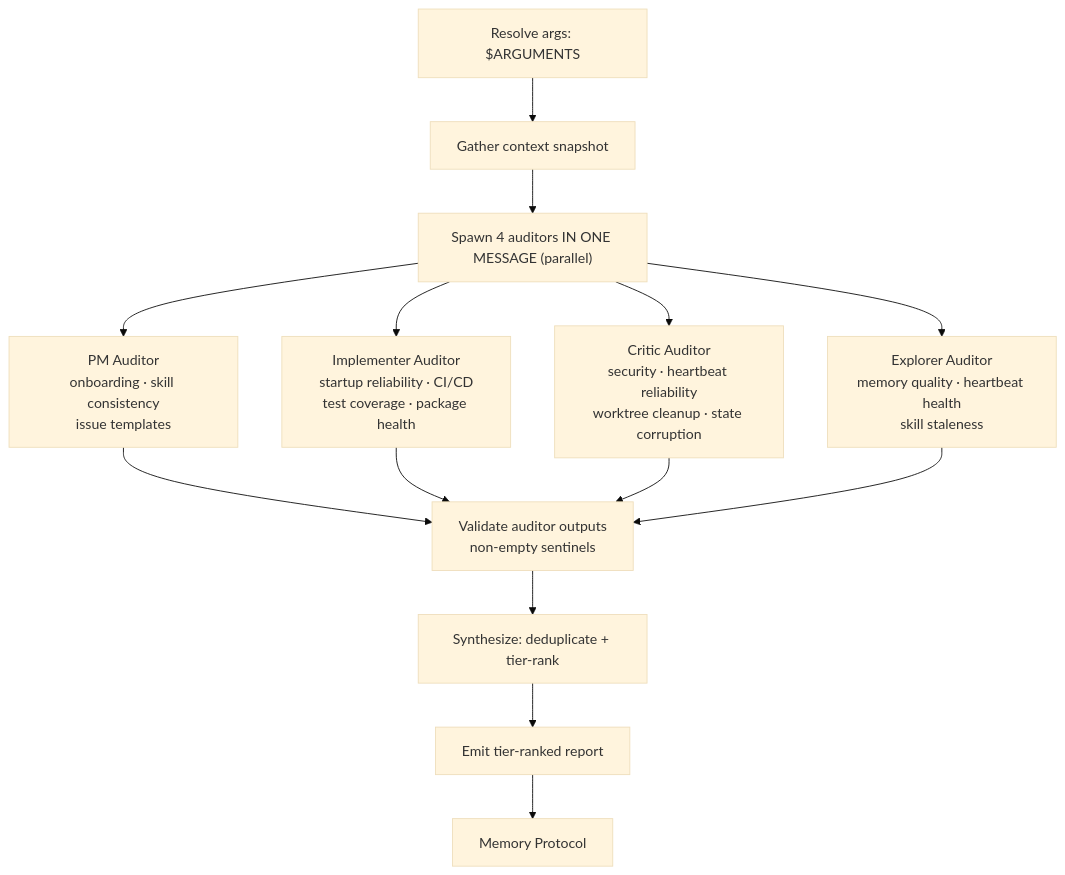
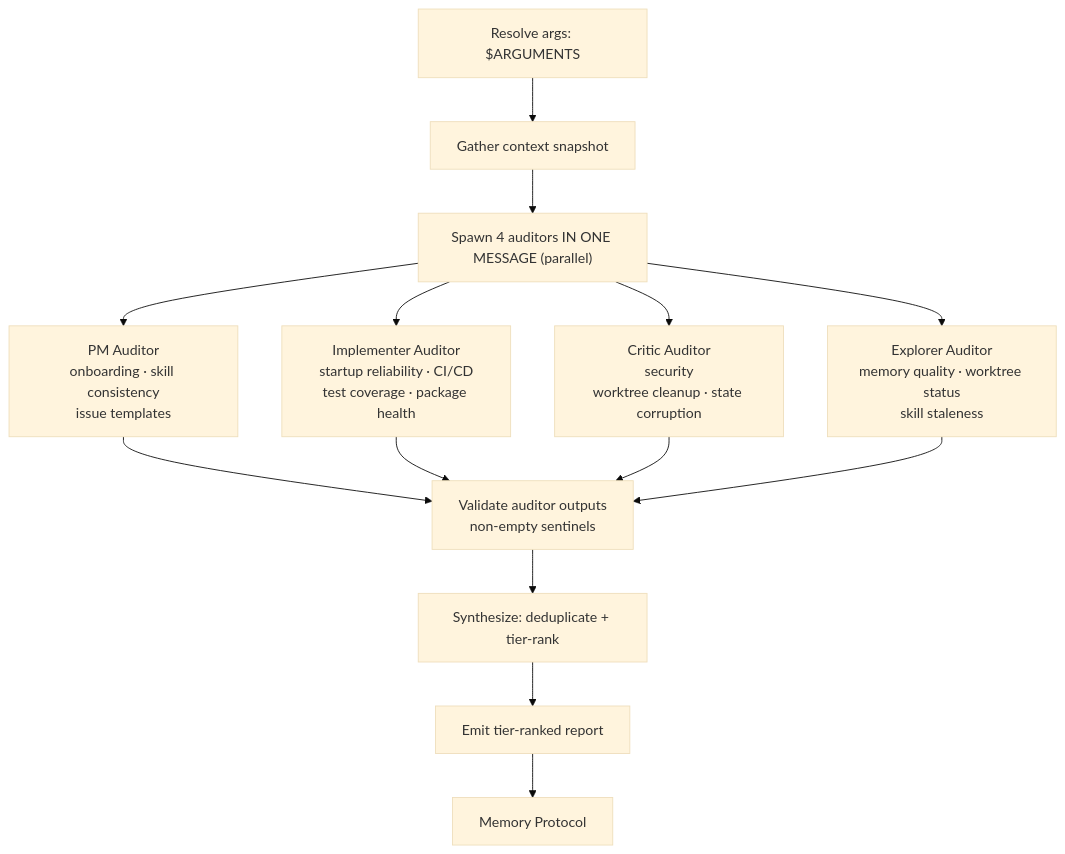
The diagram in .agro/skills/audit/references/harness.md (mifunedev/agro), drawn with Mermaid (base theme) before and after one commit. The commit also changed other lines of this file and 13 other files, not shown here.

````diff
--- a/.agro/skills/audit/references/harness.md
+++ b/.agro/skills/audit/references/harness.md
@@ -18,15 +18,15 @@
 ```mermaid
 flowchart TD
     A["Resolve args: $ARGUMENTS"] --> B["Gather context snapshot"]
     B --> C["Spawn 4 auditors IN ONE MESSAGE (parallel)"]
 
     C --> PM["PM Auditor<br>onboarding · skill consistency<br>issue templates"]
     C --> IMP["Implementer Auditor<br>startup reliability · CI/CD<br>test coverage · package health"]
-    C --> CRIT["Critic Auditor<br>security · heartbeat reliability<br>worktree cleanup · state corruption"]
-    C --> EXP["Explorer Auditor<br>memory quality · heartbeat health<br>skill staleness"]
+    C --> CRIT["Critic Auditor<br>security<br>worktree cleanup · state corruption"]
+    C --> EXP["Explorer Auditor<br>memory quality · worktree status<br>skill staleness"]
 
     PM & IMP & CRIT & EXP --> VAL["Validate auditor outputs<br/>non-empty sentinels"]
     VAL --> SYN["Synthesize: deduplicate + tier-rank"]
     SYN --> OUT["Emit tier-ranked report"]
     OUT --> MEM["Memory Protocol"]
 ```
````
